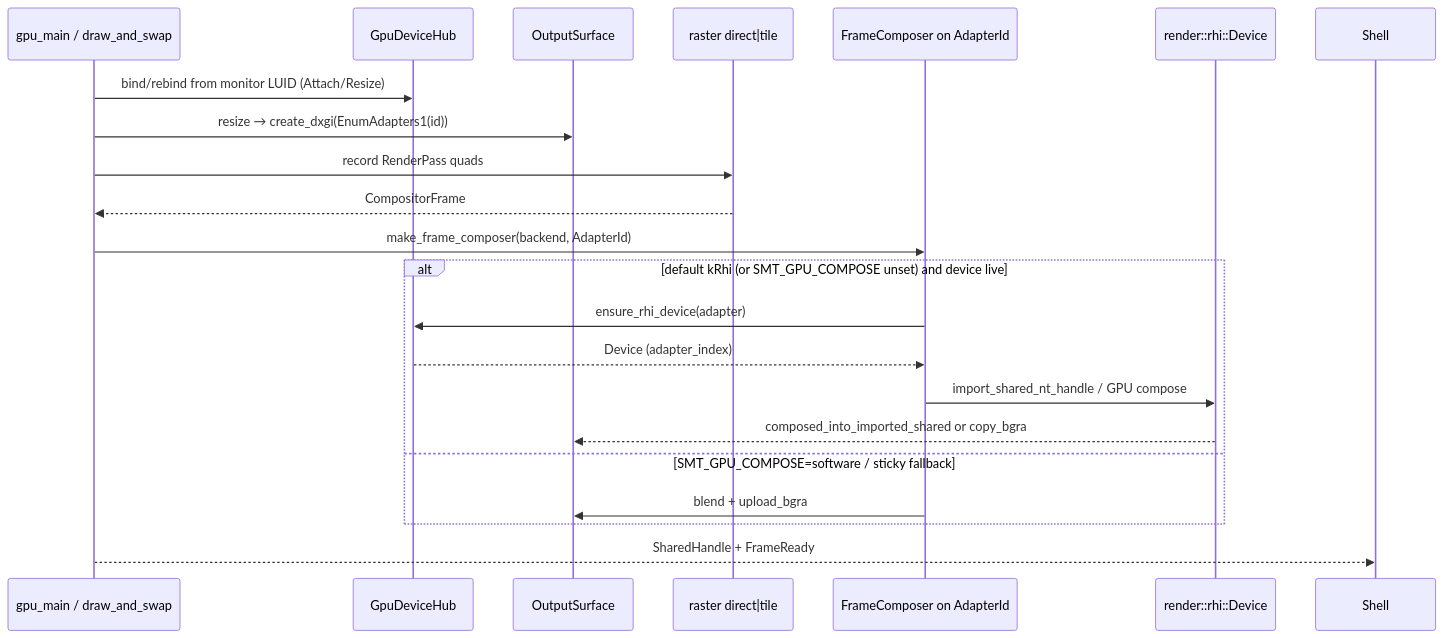
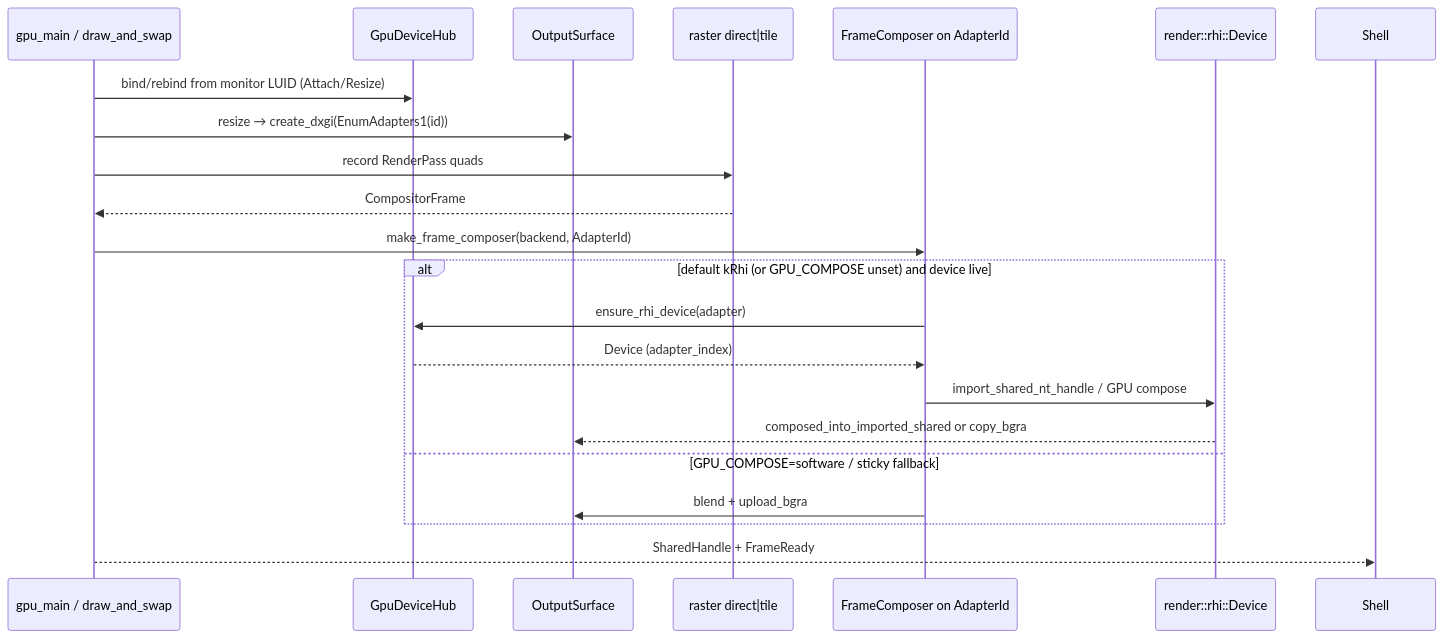
Before and after one commit to jsccl1988/smartgis: the fifth of 5 diagrams in src/gpu/README.md, drawn with Mermaid. The commit also changed other lines of this file and 866 other files, not shown here.

````diff
--- a/src/gpu/README.md
+++ b/src/gpu/README.md
@@ -211,24 +211,24 @@
 ```mermaid
 sequenceDiagram
   participant Main as gpu_main / draw_and_swap
   participant Hub as GpuDeviceHub
   participant Surf as OutputSurface
   participant Raster as raster direct|tile
   participant Comp as FrameComposer on AdapterId
   participant RHI as render::rhi::Device
 
   Main->>Hub: bind/rebind from monitor LUID (Attach/Resize)
   Main->>Surf: resize → create_dxgi(EnumAdapters1(id))
   Main->>Raster: record RenderPass quads
   Raster-->>Main: CompositorFrame
   Main->>Comp: make_frame_composer(backend, AdapterId)
-  alt default kRhi (or SMT_GPU_COMPOSE unset) and device live
+  alt default kRhi (or GPU_COMPOSE unset) and device live
     Comp->>Hub: ensure_rhi_device(adapter)
     Hub-->>Comp: Device (adapter_index)
     Comp->>RHI: import_shared_nt_handle / GPU compose
     RHI-->>Surf: composed_into_imported_shared or copy_bgra
-  else SMT_GPU_COMPOSE=software / sticky fallback
+  else GPU_COMPOSE=software / sticky fallback
     Comp->>Surf: blend + upload_bgra
   end
   Main-->>Shell: SharedHandle + FrameReady
 ```
````
